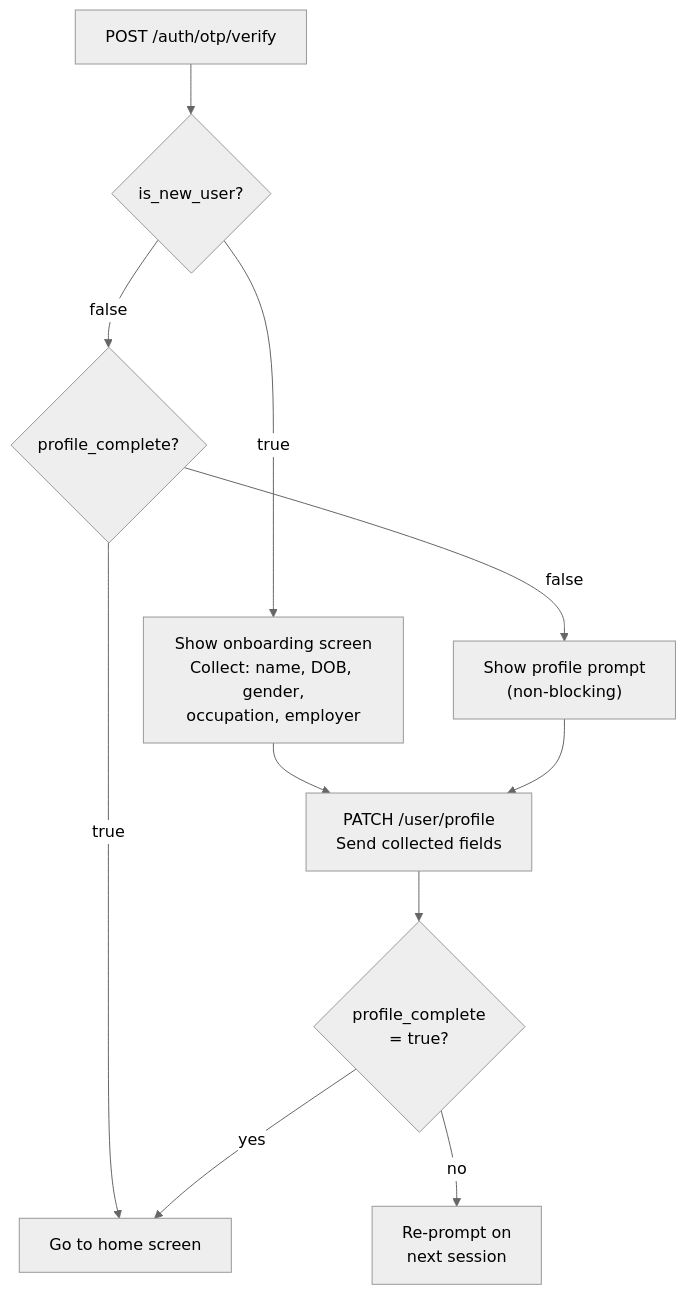
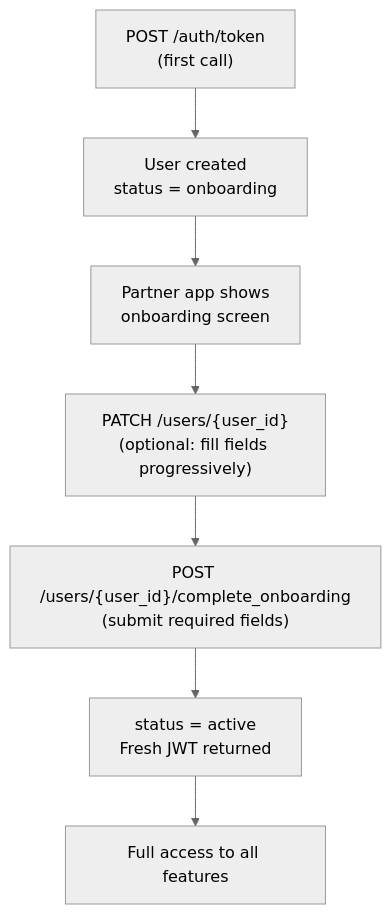
Before and after one commit to anu19981/aarokya-backend: the diagram in api-reference/modules/user.mdx, drawn with Mermaid (neutral theme). The commit also changed other lines of this file and 15 other files, not shown here.

````diff
--- a/api-reference/modules/user.mdx
+++ b/api-reference/modules/user.mdx
@@ -115,14 +20,9 @@
 ```mermaid
 flowchart TD
-    A["POST /auth/otp/verify"] --> B{is_new_user?}
-    B -->|"true"| C["Show onboarding screen\nCollect: name, DOB, gender,\noccupation, employer"]
-    B -->|"false"| D{profile_complete?}
-    D -->|"false"| E["Show profile prompt\n(non-blocking)"]
-    D -->|"true"| F["Go to home screen"]
-    C --> G["PATCH /user/profile\nSend collected fields"]
-    E --> G
-    G --> H{profile_complete\n= true?}
-    H -->|"yes"| F
-    H -->|"no"| I["Re-prompt on\nnext session"]
-
+    A["POST /auth/token\n(first call)"] --> B["User created\nstatus = onboarding"]
+    B --> C["Partner app shows\nonboarding screen"]
+    C --> D["PATCH /users/{user_id}\n(optional: fill fields progressively)"]
+    D --> E["POST /users/{user_id}/complete_onboarding\n(submit required fields)"]
+    E --> F["status = active\nFresh JWT returned"]
+    F --> G["Full access to all features"]
 ```
````
